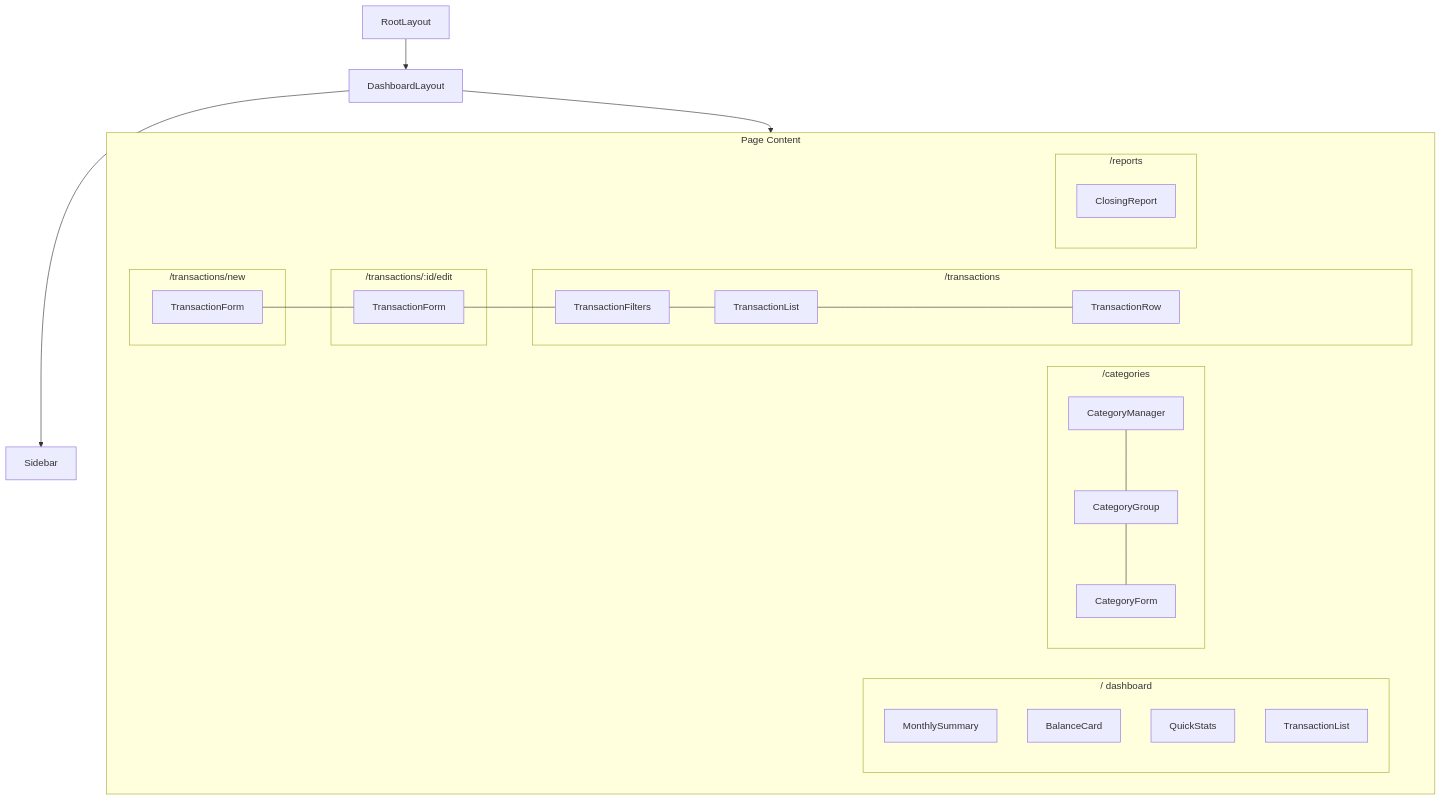
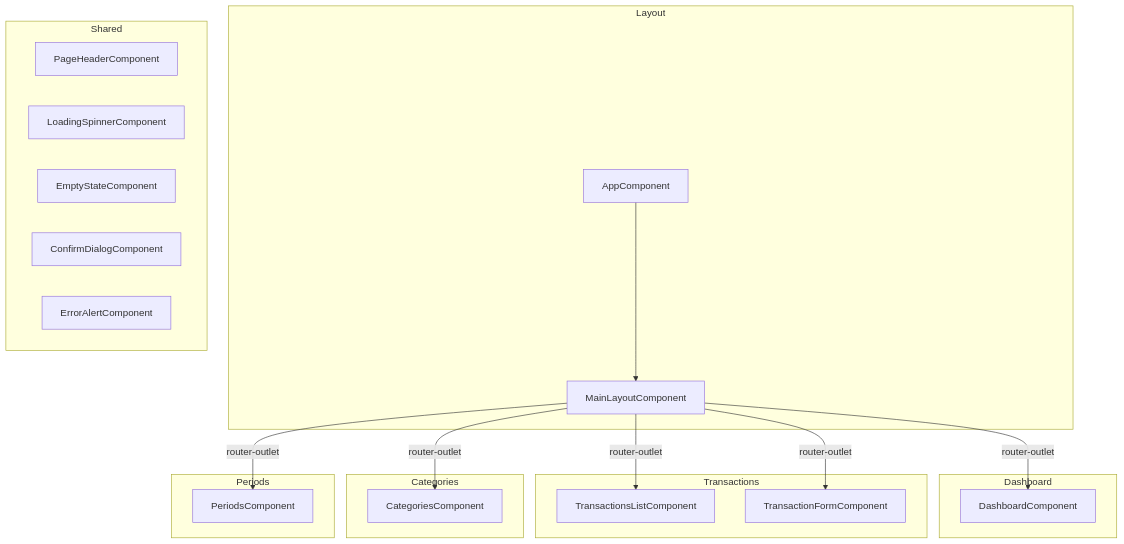
One commit to Chamoouske/finance-tracker changed the fourth of 5 diagrams in docs/ARCHITECTURE.md. Above: the diagram before and after it, drawn with Mermaid. The commit also changed other lines of this file and 3 other files, not shown here.

````diff
--- a/docs/ARCHITECTURE.md
+++ b/docs/ARCHITECTURE.md
@@ -514,43 +571,39 @@
 ```mermaid
 flowchart TD
-    RL[RootLayout] --> DL[DashboardLayout]
-    DL --> S[Sidebar]
-    DL --> Page
-    
-    subgraph Page["Page Content"]
-        subgraph Dashboard["/ dashboard"]
-            MS[MonthlySummary]
-            BC[BalanceCard]
-            QS[QuickStats]
-            TL[TransactionList]
-        end
-        
-        subgraph Transactions["/transactions"]
-            TF[TransactionFilters]
-            TL2[TransactionList]
-            TR[TransactionRow]
-        end
-        
-        subgraph NewTransaction["/transactions/new"]
-            TF2[TransactionForm]
-        end
-        
-        subgraph EditTransaction["/transactions/:id/edit"]
-            TF3[TransactionForm]
-        end
-        
-        subgraph Categories["/categories"]
-            CM[CategoryManager]
-            CG[CategoryGroup]
-            CF[CategoryForm]
-        end
-        
-        subgraph Reports["/reports"]
-            CR[ClosingReport]
-        end
+    subgraph Layout
+        A[AppComponent]
+        ML[MainLayoutComponent]
     end
     
-    TF2 --- TF3 --- TF --- TL2
-    TL2 --- TR
-    CM --- CG --- CF
+    subgraph Shared
+        PH[PageHeaderComponent]
+        LS[LoadingSpinnerComponent]
+        ES[EmptyStateComponent]
+        CD[ConfirmDialogComponent]
+        EA[ErrorAlertComponent]
+    end
+    
+    subgraph Dashboard
+        D[DashboardComponent]
+    end
+    
+    subgraph Transactions
+        TC[TransactionsListComponent]
+        TF[TransactionFormComponent]
+    end
+    
+    subgraph Categories
+        CC[CategoriesComponent]
+    end
+    
+    subgraph Periods
+        PC[PeriodsComponent]
+    end
+    
+    A --> ML
+    ML --> |router-outlet| D
+    ML --> |router-outlet| TC
+    ML --> |router-outlet| TF
+    ML --> |router-outlet| CC
+    ML --> |router-outlet| PC
 ```
````
